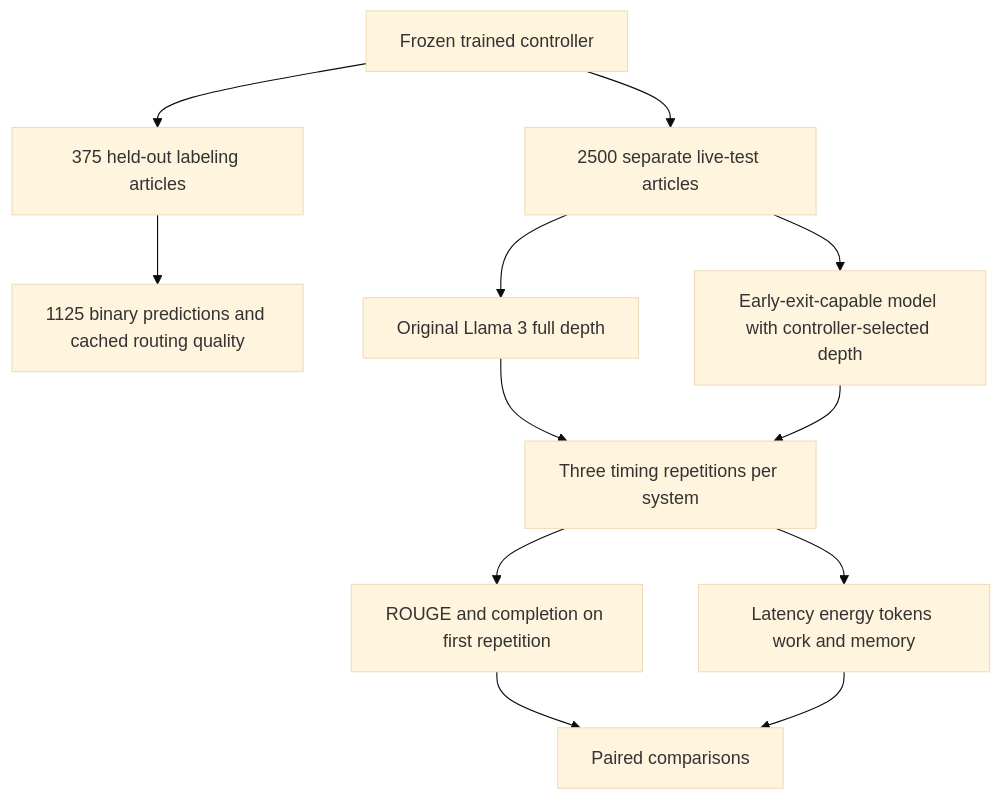
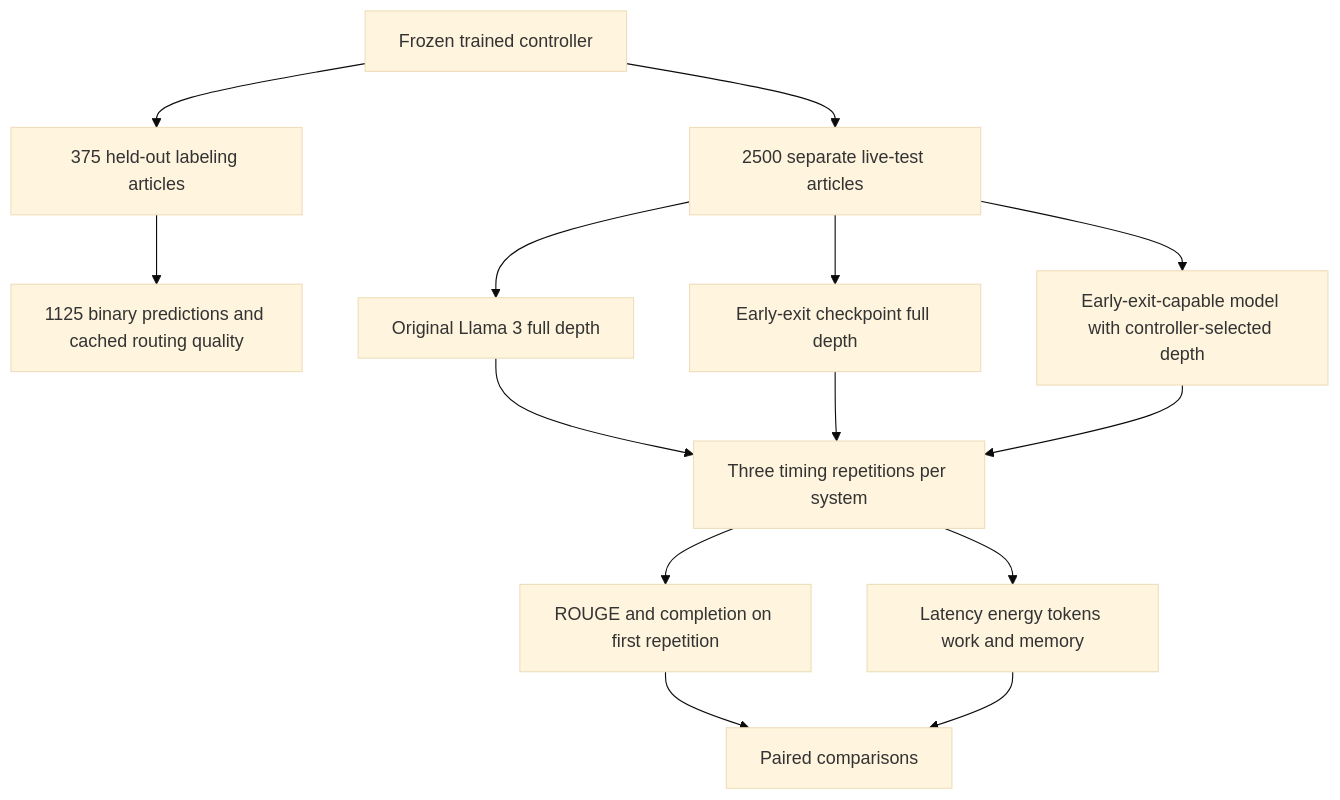
Before and after one commit to Rami2212/PSSN-LLM-Reasoning: the diagram in research-paper-v6.1/evaluation.md, drawn with Mermaid (base theme). The commit also changed other lines of this file and 4 other files, not shown here.

````diff
--- a/research-paper-v6.1/evaluation.md
+++ b/research-paper-v6.1/evaluation.md
@@ -81,14 +81,16 @@
 ```mermaid
 flowchart TD
     A[Frozen trained controller] --> B[375 held-out labeling articles]
     B --> C[1125 binary predictions and cached routing quality]
     A --> D[2500 separate live-test articles]
     D --> E[Original Llama 3 full depth]
+    D --> F[Early-exit checkpoint full depth]
     D --> G[Early-exit-capable model with controller-selected depth]
     E --> H[Three timing repetitions per system]
+    F --> H
     G --> H
     H --> I[ROUGE and completion on first repetition]
     H --> J[Latency energy tokens work and memory]
     I --> K[Paired comparisons]
     J --> K
 ```
````
